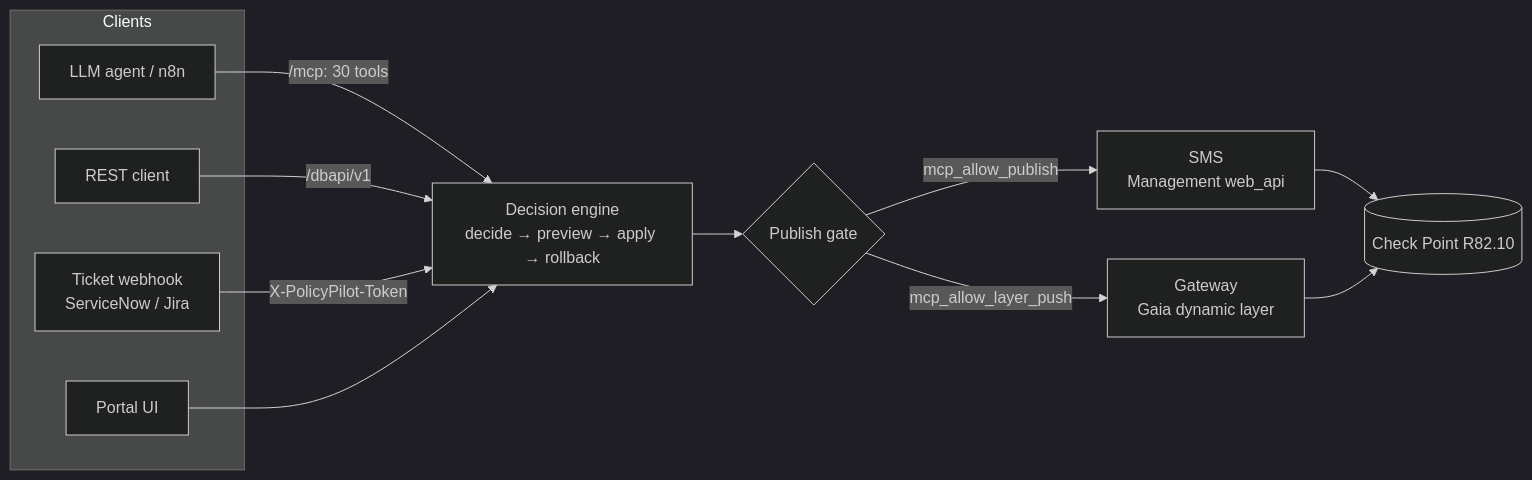
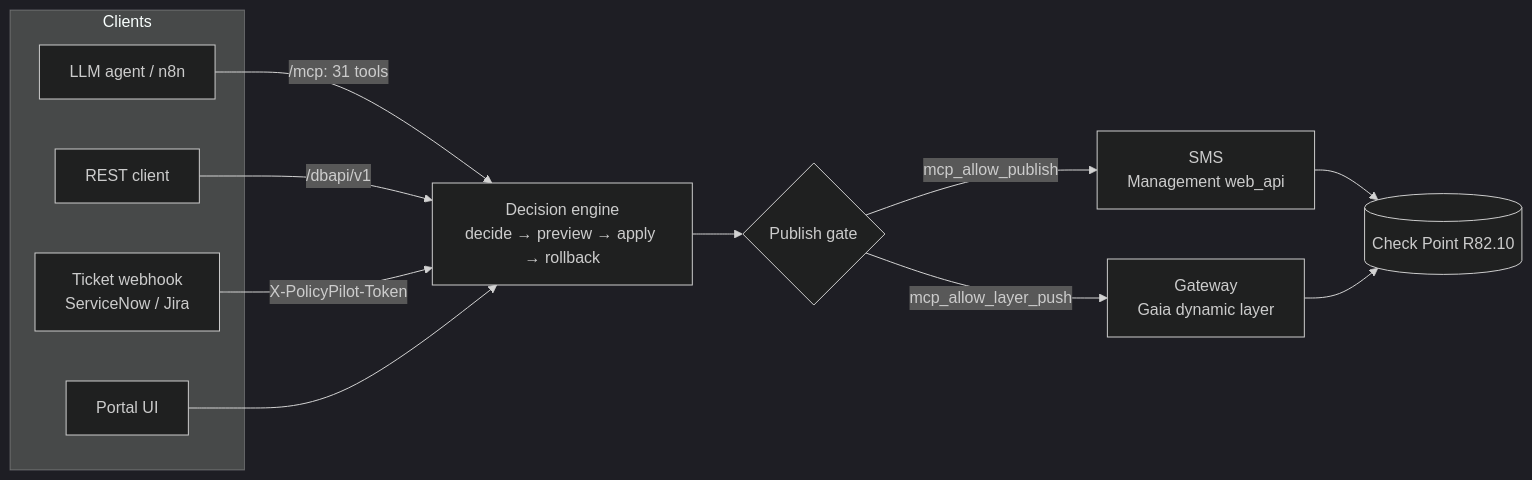
One commit to alshawwaf/PolicyPilot changed the diagram in README.md. Above: the diagram before and after it, drawn with Mermaid (dark theme). The commit also changed other lines of this file and 15 other files, not shown here.

````diff
--- a/README.md
+++ b/README.md
@@ -79,18 +79,18 @@
 ```mermaid
 flowchart LR
   subgraph Clients
     A[LLM agent / n8n]
     B[REST client]
     C["Ticket webhook<br/>ServiceNow / Jira"]
     D[Portal UI]
   end
-  A -->|"/mcp: 30 tools"| E
+  A -->|"/mcp: 31 tools"| E
   B -->|/dbapi/v1| E
   C -->|X-PolicyPilot-Token| E
   D --> E
   E["Decision engine<br/>decide → preview → apply → rollback"] --> F{Publish gate}
   F -->|mcp_allow_publish| G["SMS<br/>Management web_api"]
   F -->|mcp_allow_layer_push| H["Gateway<br/>Gaia dynamic layer"]
   G --> I[(Check Point R82.10)]
   H --> I
 ```
````
